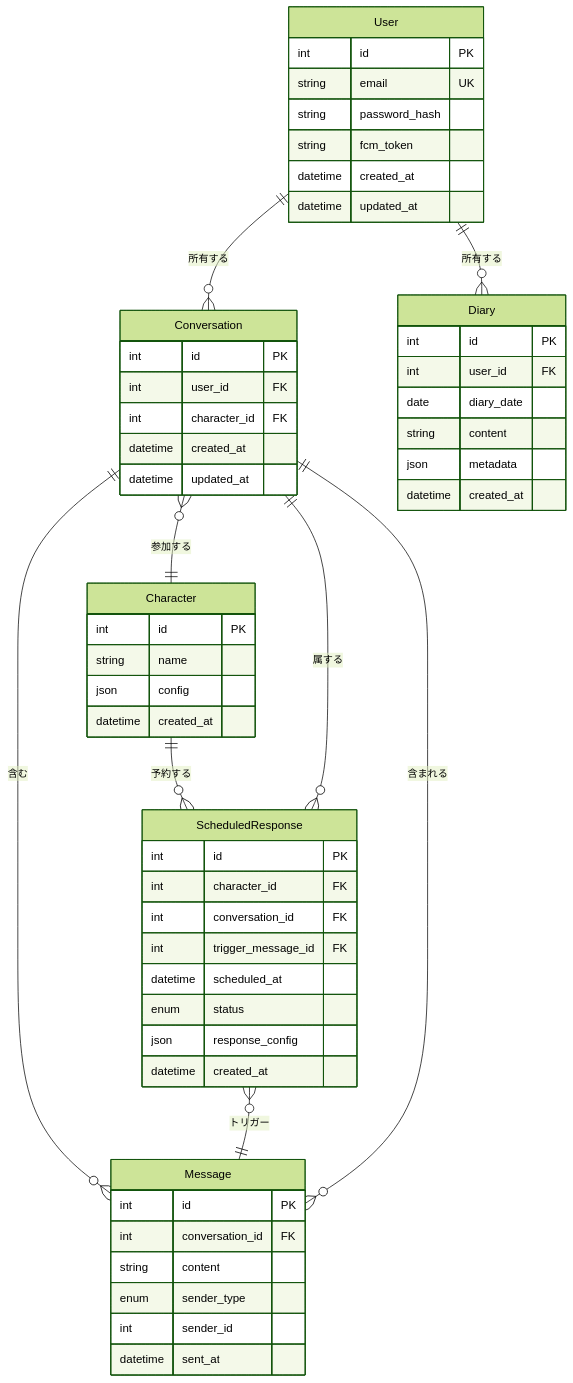
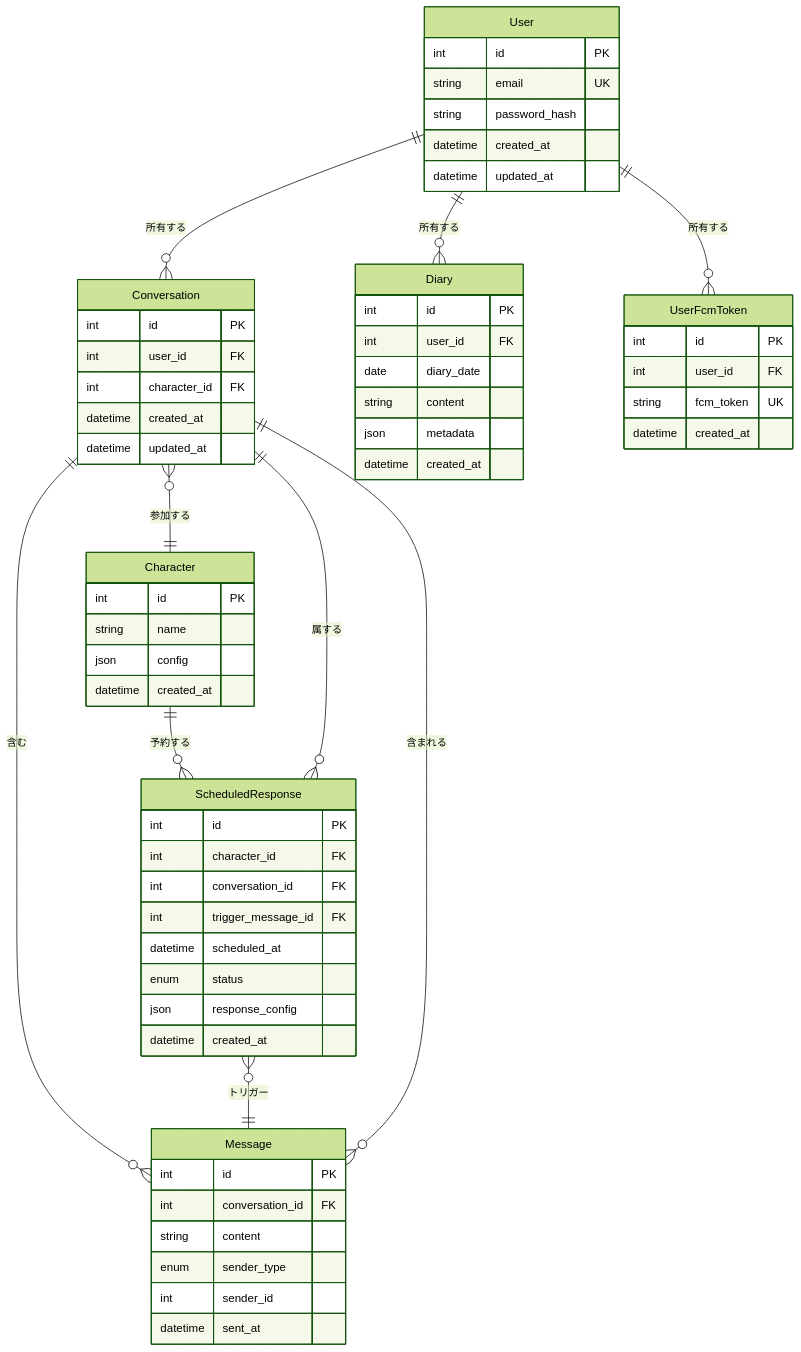
One commit to ymtdir/llm-chat-sandbox changed the first of 3 diagrams in docs/detailed-design.md. Above: the diagram before and after it, drawn with Mermaid (forest theme). The commit also changed other lines of this file and 1 other file, not shown here.

Commit message:
feat: FCMトークン管理のためのUserFcmTokenエンティティを追加

````diff
--- a/docs/detailed-design.md
+++ b/docs/detailed-design.md
@@ -315,64 +340,71 @@
 ```mermaid
 erDiagram
     User ||--o{ Conversation : "所有する"
     User ||--o{ Diary : "所有する"
+    User ||--o{ UserFcmToken : "所有する"
     Conversation ||--o{ Message : "含む"
     Conversation }o--|| Character : "参加する"
     Character ||--o{ ScheduledResponse : "予約する"
     Message }o--|| Conversation : "含まれる"
     ScheduledResponse }o--|| Message : "トリガー"
     ScheduledResponse }o--|| Conversation : "属する"
 
     User {
         int id PK
         string email UK
         string password_hash
-        string fcm_token
         datetime created_at
         datetime updated_at
+    }
+
+    UserFcmToken {
+        int id PK
+        int user_id FK
+        string fcm_token UK
+        datetime created_at
     }
 
     Character {
         int id PK
         string name
         json config
         datetime created_at
     }
 
     Conversation {
         int id PK
         int user_id FK
         int character_id FK
         datetime created_at
         datetime updated_at
     }
 
     Message {
         int id PK
         int conversation_id FK
         string content
         enum sender_type
         int sender_id
         datetime sent_at
     }
 
     ScheduledResponse {
         int id PK
         int character_id FK
         int conversation_id FK
         int trigger_message_id FK
         datetime scheduled_at
         enum status
         json response_config
         datetime created_at
     }
 
     Diary {
         int id PK
         int user_id FK
         date diary_date
         string content
         json metadata
         datetime created_at
     }
 ```
````
